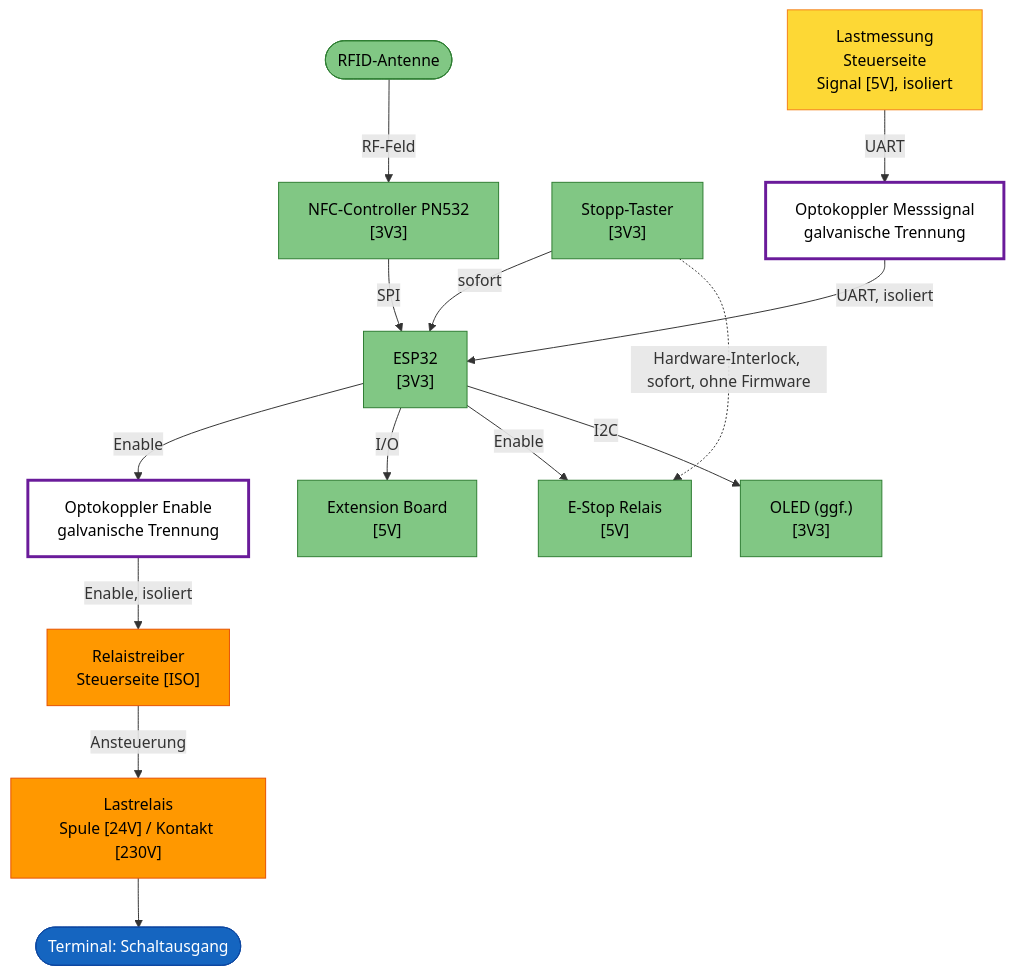
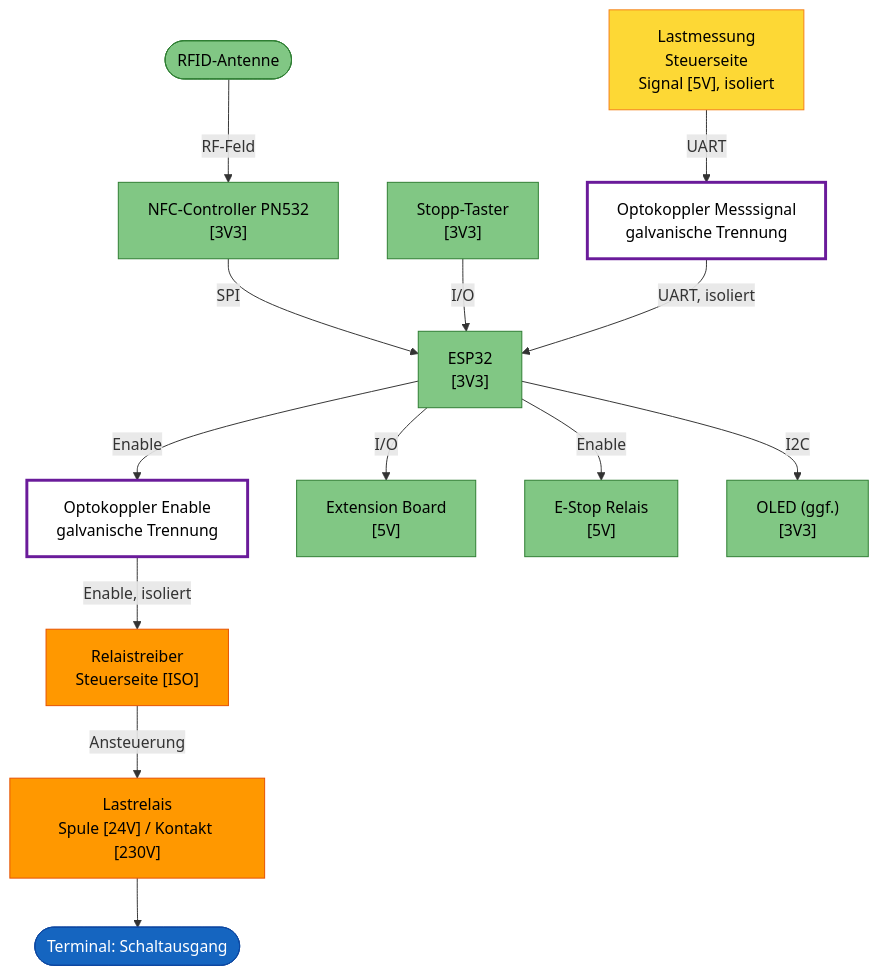
The third of 3 diagrams in hardware/projects/RFID_BOX/README.md (FREILab/easyVerwaltungHardware), drawn with Mermaid before and after one commit.

Commit message:
Update STOP connection description in README.md

````diff
--- a/hardware/projects/RFID_BOX/README.md
+++ b/hardware/projects/RFID_BOX/README.md
@@ -288,47 +288,46 @@
 ```mermaid
 flowchart TB
     Antenne([RFID-Antenne])
     NFC["NFC-Controller PN532<br/>[3V3]"]
     ESP["ESP32<br/>[3V3]"]
     STOP["Stopp-Taster<br/>[3V3]"]
     OPTO_EN["Optokoppler Enable<br/>galvanische Trennung"]
     TREIBER["Relaistreiber<br/>Steuerseite [ISO]"]
     REL["Lastrelais<br/>Spule [24V] / Kontakt [230V]"]
     OUT([Terminal: Schaltausgang])
 
     MESS["Lastmessung<br/>Steuerseite<br/>Signal [5V], isoliert"]
     OPTO_FB["Optokoppler Messsignal<br/>galvanische Trennung"]
 
     EXT["Extension Board<br/>[5V]"]
     ESTOP["E-Stop Relais<br/>[5V]"]
     OLED["OLED (ggf.)<br/>[3V3]"]
 
     Antenne -->|RF-Feld| NFC
     NFC -->|SPI| ESP
     ESP -->|Enable| OPTO_EN
     OPTO_EN -->|Enable, isoliert| TREIBER
     TREIBER -->|Ansteuerung| REL
     REL --> OUT
 
-    STOP -->|sofort| ESP
-    STOP -.->|Hardware-Interlock, sofort, ohne Firmware| ESTOP
+    STOP -->|I/O| ESP
 
     MESS -->|UART| OPTO_FB
     OPTO_FB -->|UART, isoliert| ESP
 
     ESP -->|I/O| EXT
     ESP -->|Enable| ESTOP
     ESP -->|I2C| OLED
 
     classDef term230 fill:#1565c0,color:#fff,stroke:#0d47a1
     classDef part230 fill:#ff9800,color:#000,stroke:#e65100
     classDef partSELV fill:#81c784,color:#000,stroke:#2e7d32
     classDef iso fill:#fff,color:#000,stroke:#6a1b9a,stroke-width:3px
     classDef touch230 fill:#fdd835,color:#000,stroke:#f57f17
 
     class OUT term230
     class REL,TREIBER part230
     class Antenne,NFC,ESP,STOP,EXT,ESTOP,OLED partSELV
     class MESS touch230
     class OPTO_EN,OPTO_FB iso
 ```
````
